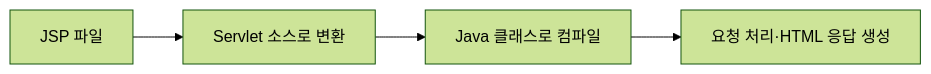
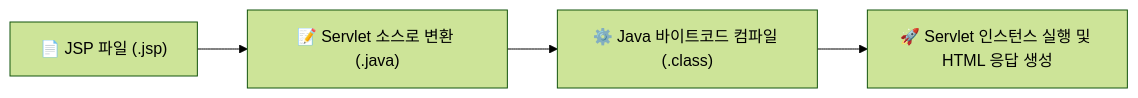
The second of 3 diagrams in content/웹취약점/Java 웹 기초 3 — JSP·EL·JSTL과 MVC Model 1·2.md (gooyong-sec/gooyong-sec.github.io), drawn with Mermaid (forest theme) before and after one commit. The commit also changed other lines of this file and 68 other files, not shown here.

````diff
--- a/content/웹취약점/Java 웹 기초 3 — JSP·EL·JSTL과 MVC Model 1·2.md
+++ b/content/웹취약점/Java 웹 기초 3 — JSP·EL·JSTL과 MVC Model 1·2.md
@@ -19,6 +48,6 @@
 ```mermaid
 flowchart LR
-    J[JSP 파일] --> T[Servlet 소스로 변환]
-    T --> C[Java 클래스로 컴파일]
-    C --> E[요청 처리·HTML 응답 생성]
+    J["📄 JSP 파일 (.jsp)"] --> T["📝 Servlet 소스로 변환 (.java)"]
+    T --> C["⚙️ Java 바이트코드 컴파일 (.class)"]
+    C --> E["🚀 Servlet 인스턴스 실행 및 HTML 응답 생성"]
 ```
````
